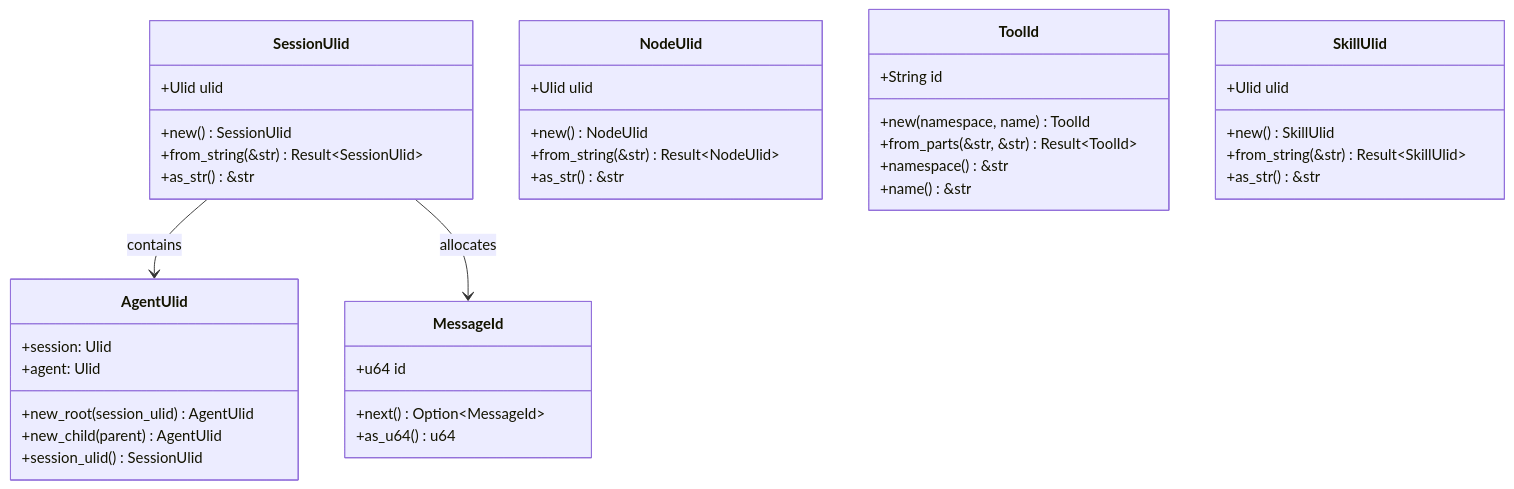
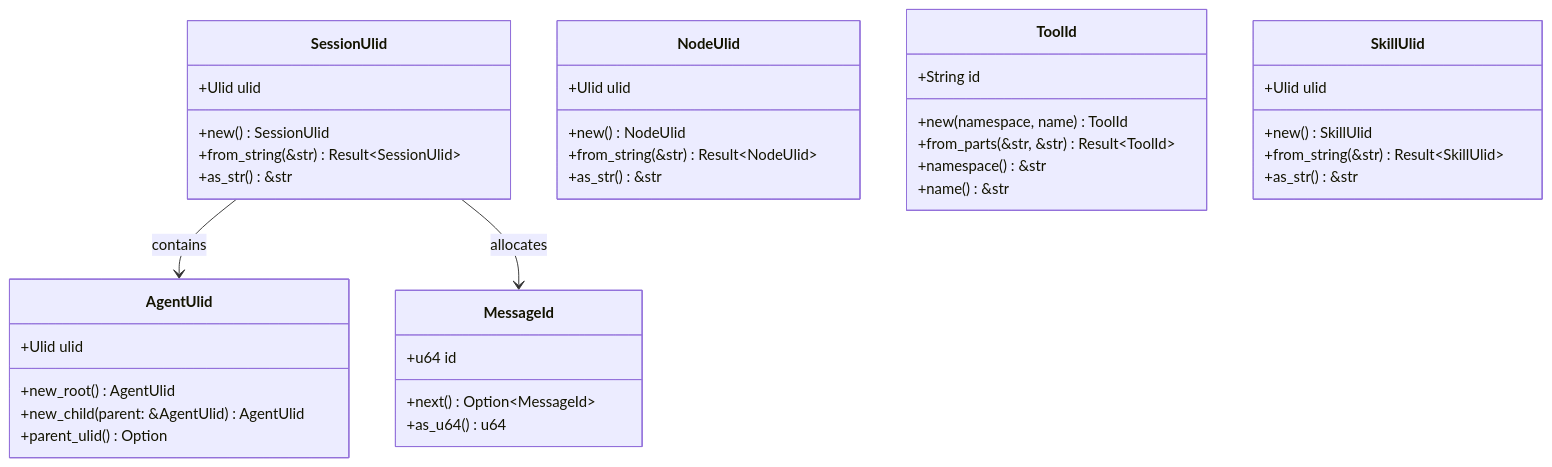
One commit to MiyakoMeow/neoco changed the first of 5 diagrams in progress/TECH-SESSION.md. Above: the diagram before and after it, drawn with Mermaid. The commit also changed other lines of this file and 8 other files, not shown here.

````diff
--- a/progress/TECH-SESSION.md
+++ b/progress/TECH-SESSION.md
@@ -16,48 +16,47 @@
 ```mermaid
 classDiagram
     class SessionUlid {
         +Ulid ulid
         +new() SessionUlid
         +from_string(&str) Result~SessionUlid~
         +as_str() &str
     }
     
     class AgentUlid {
-        +session: Ulid
-        +agent: Ulid
-        +new_root(session_ulid) AgentUlid
-        +new_child(parent) AgentUlid
-        +session_ulid() SessionUlid
+        +Ulid ulid
+        +new_root() AgentUlid
+        +new_child(parent: &AgentUlid) AgentUlid
+        +parent_ulid() Option<Ulid>
     }
     
     class MessageId {
         +u64 id
         +next() Option~MessageId~
         +as_u64() u64
     }
     
     class NodeUlid {
         +Ulid ulid
         +new() NodeUlid
         +from_string(&str) Result~NodeUlid~
         +as_str() &str
     }
     
     class ToolId {
         +String id
         +new(namespace, name) ToolId
         +from_parts(&str, &str) Result~ToolId~
         +namespace() &str
         +name() &str
     }
     
     class SkillUlid {
         +Ulid ulid
         +new() SkillUlid
         +from_string(&str) Result~SkillUlid~
         +as_str() &str
     }
     
     SessionUlid --> AgentUlid : contains
     SessionUlid --> MessageId : allocates
 ```
````
